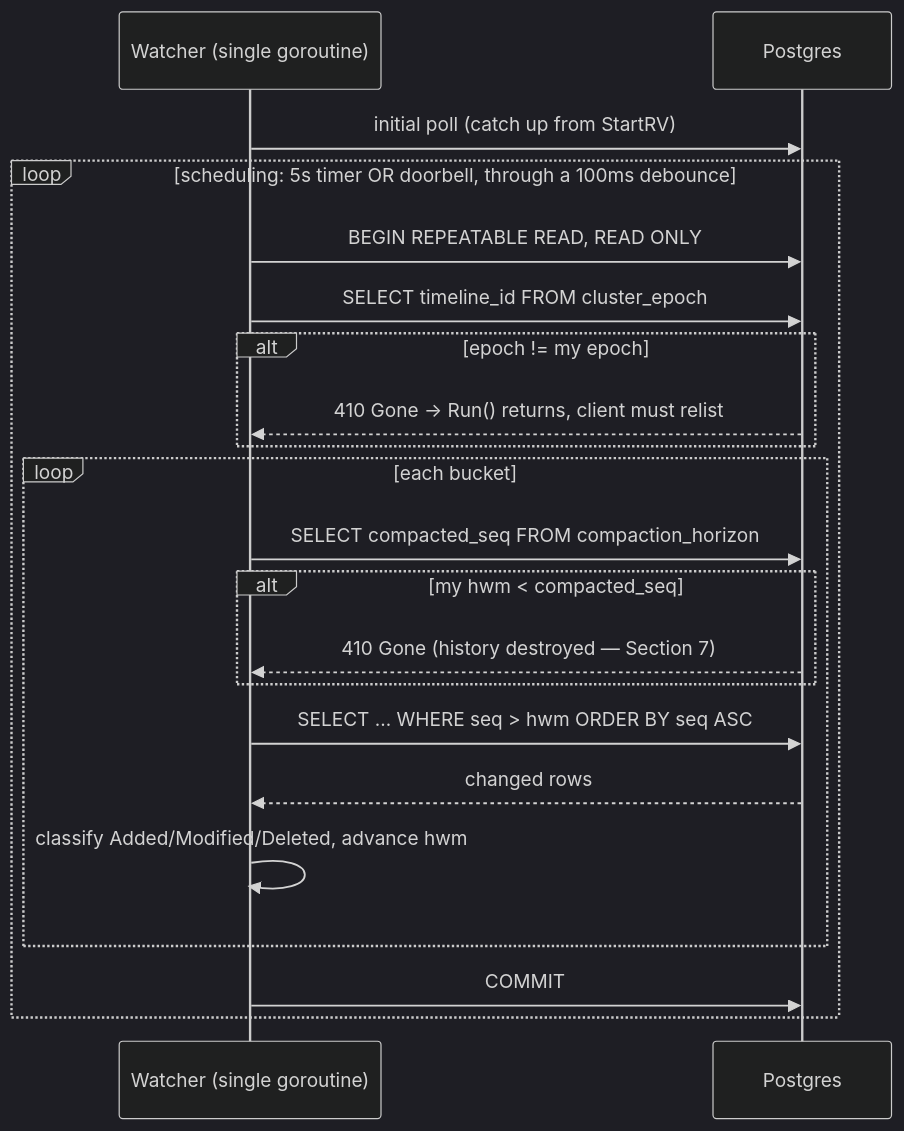
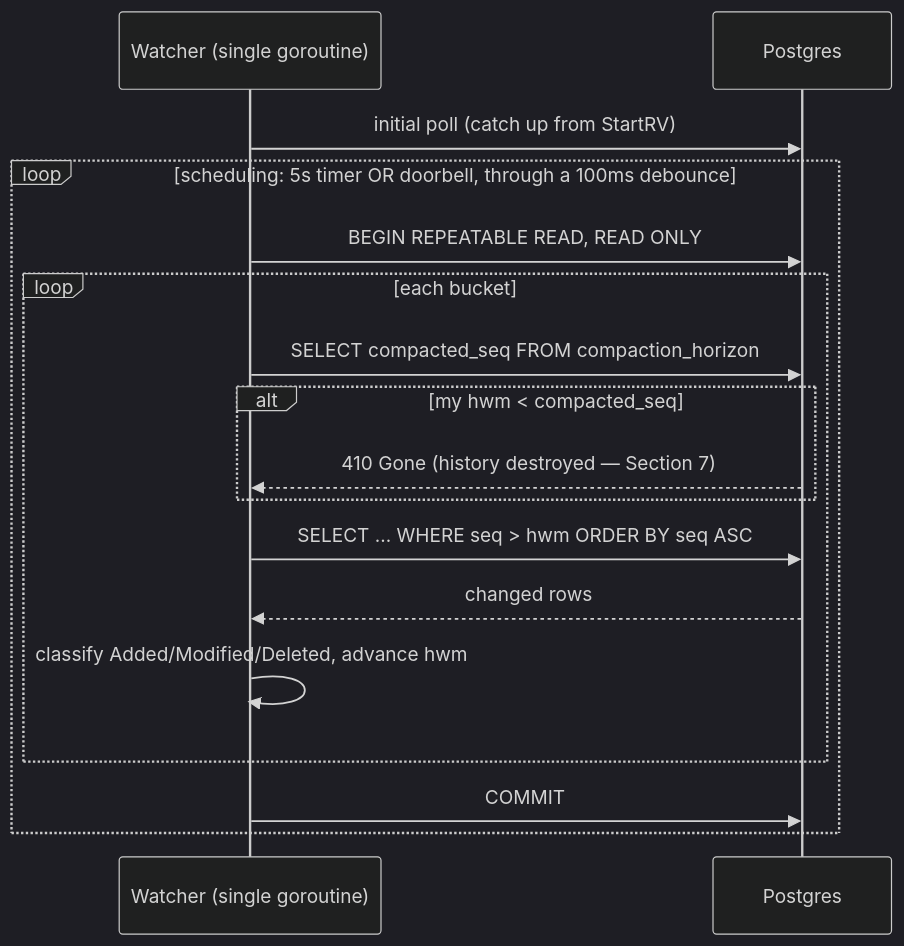
Before and after one commit to jmelis/postgres-controller-backend: the second of 4 diagrams in WALKTHROUGH.md, drawn with Mermaid (dark theme). The commit also changed other lines of this file and 6 other files, not shown here.

First line of the commit message:
Remove timeline epoch from design docs — never implemented, not needed

````diff
--- a/WALKTHROUGH.md
+++ b/WALKTHROUGH.md
@@ -278,23 +273,19 @@
 ```mermaid
 sequenceDiagram
     participant W as Watcher (single goroutine)
     participant DB as Postgres
     W->>DB: initial poll (catch up from StartRV)
     loop scheduling: 5s timer OR doorbell, through a 100ms debounce
         W->>DB: BEGIN REPEATABLE READ, READ ONLY
-        W->>DB: SELECT timeline_id FROM cluster_epoch
-        alt epoch != my epoch
-            DB-->>W: 410 Gone → Run() returns, client must relist
-        end
         loop each bucket
             W->>DB: SELECT compacted_seq FROM compaction_horizon
             alt my hwm < compacted_seq
                 DB-->>W: 410 Gone (history destroyed — Section 7)
             end
             W->>DB: SELECT … WHERE seq > hwm ORDER BY seq ASC
             DB-->>W: changed rows
             W->>W: classify Added/Modified/Deleted, advance hwm
         end
         W->>DB: COMMIT
     end
 ```
````
